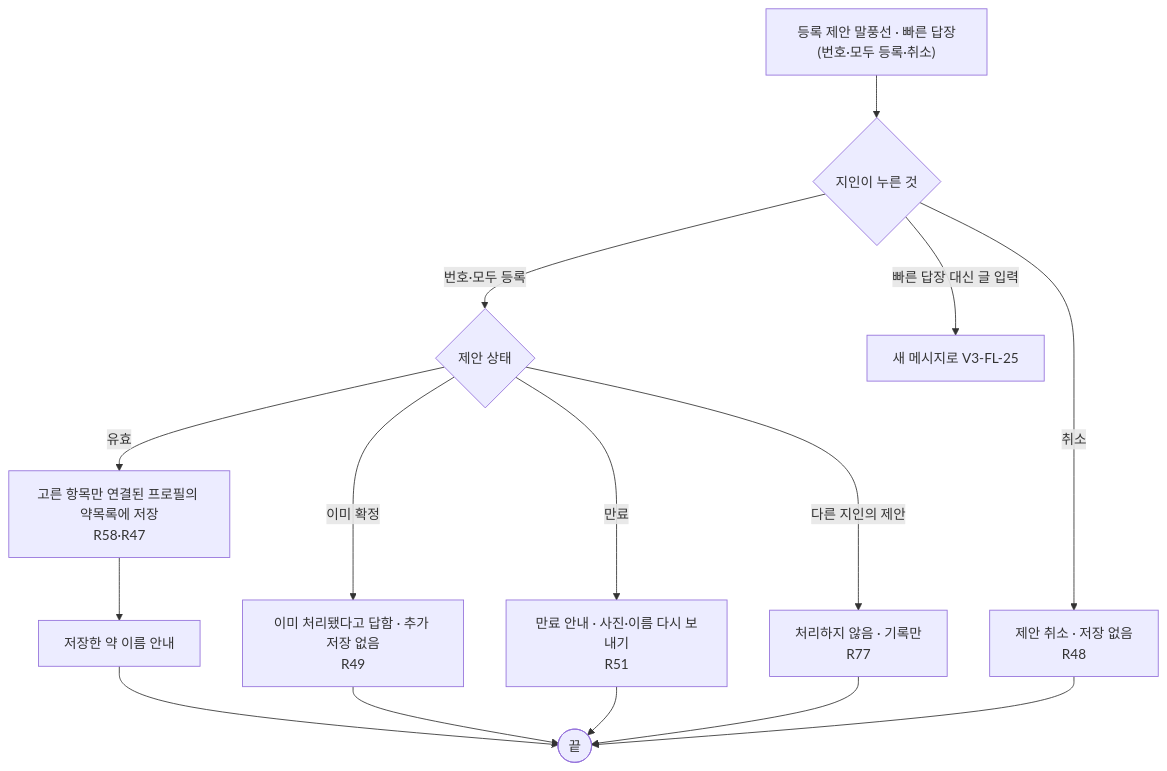
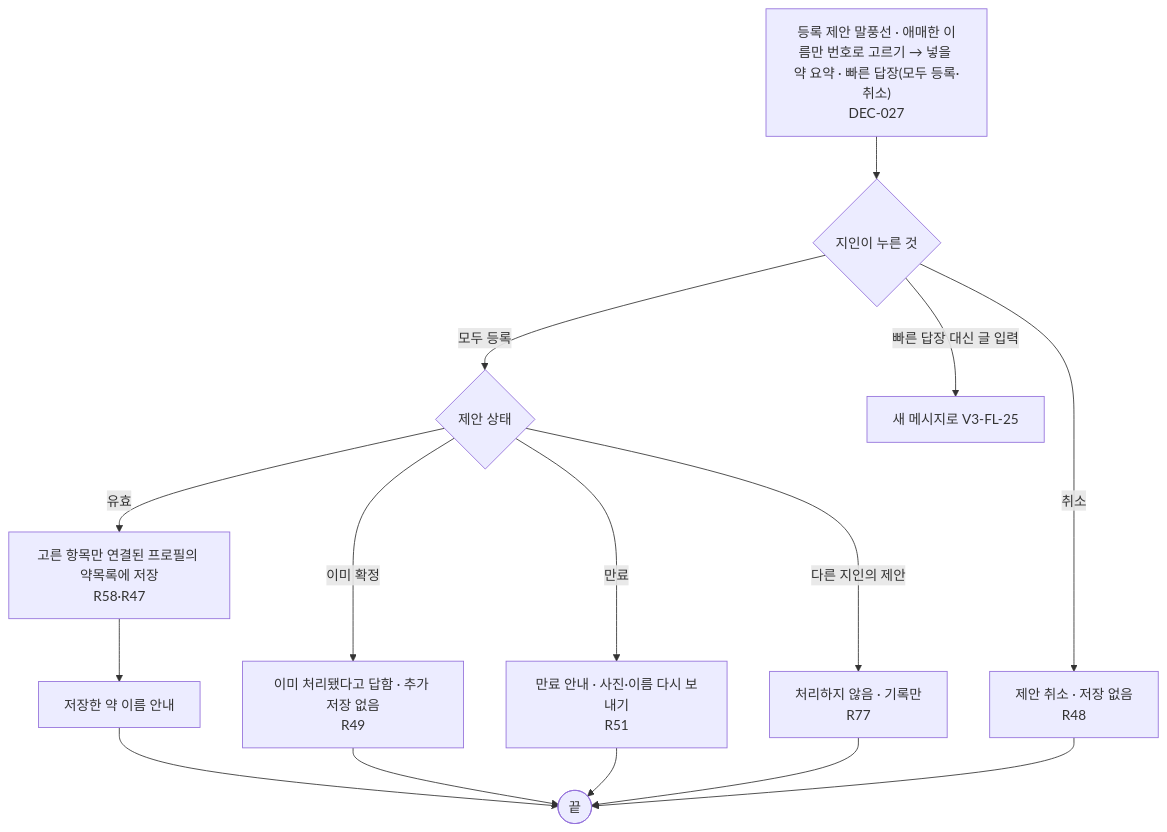
The tenth of 13 diagrams in docs/03-user-flow/user-flow-v3.md (kodonghui/pillboot-dev), drawn with Mermaid before and after one commit. The commit also changed other lines of this file and 3 other files, not shown here.

First line of the commit message:
docs: 카카오 말풍선 1A·2B 결정과 다리 저장소 브랜치 규칙(DEC-027)

````diff
--- a/docs/03-user-flow/user-flow-v3.md
+++ b/docs/03-user-flow/user-flow-v3.md
@@ -258,17 +258,17 @@
 ```mermaid
 flowchart TD
-    CARD["등록 제안 말풍선 · 빠른 답장(번호·모두 등록·취소)"] --> TAP{"지인이 누른 것"}
-    TAP -->|"번호·모두 등록"| CHECK{"제안 상태"}
+    CARD["등록 제안 말풍선 · 애매한 이름만 번호로 고르기 → 넣을 약 요약 · 빠른 답장(모두 등록·취소)<br/>DEC-027"] --> TAP{"지인이 누른 것"}
+    TAP -->|"모두 등록"| CHECK{"제안 상태"}
     CHECK -->|"유효"| SAVE["고른 항목만 연결된 프로필의 약목록에 저장<br/>R58·R47"]
     CHECK -->|"이미 확정"| ALREADY["이미 처리됐다고 답함 · 추가 저장 없음<br/>R49"]
     CHECK -->|"만료"| EXPIRED["만료 안내 · 사진·이름 다시 보내기<br/>R51"]
     CHECK -->|"다른 지인의 제안"| DENY["처리하지 않음 · 기록만<br/>R77"]
     TAP -->|"취소"| CANCEL["제안 취소 · 저장 없음<br/>R48"]
     TAP -->|"빠른 답장 대신 글 입력"| NEWTURN["새 메시지로 V3-FL-25"]
     SAVE --> DONE["저장한 약 이름 안내"]
     DONE --> END(["끝"])
     ALREADY --> END
     EXPIRED --> END
     DENY --> END
     CANCEL --> END
 ```
````
